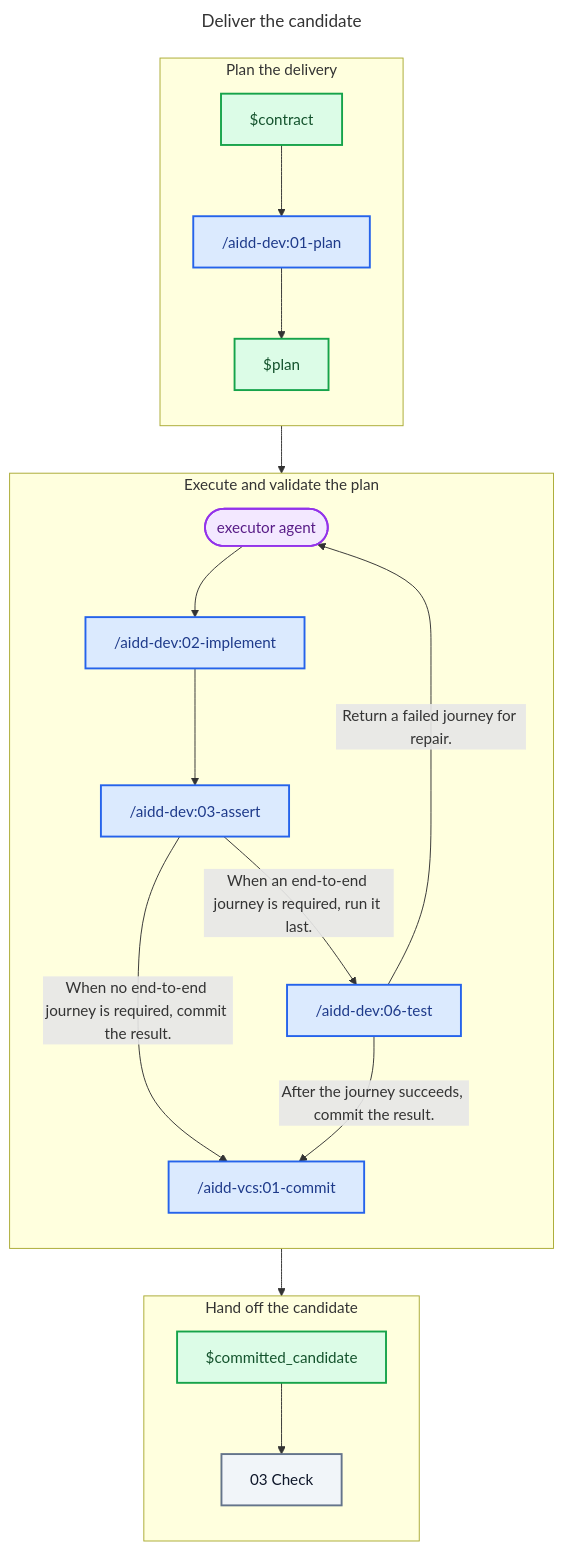
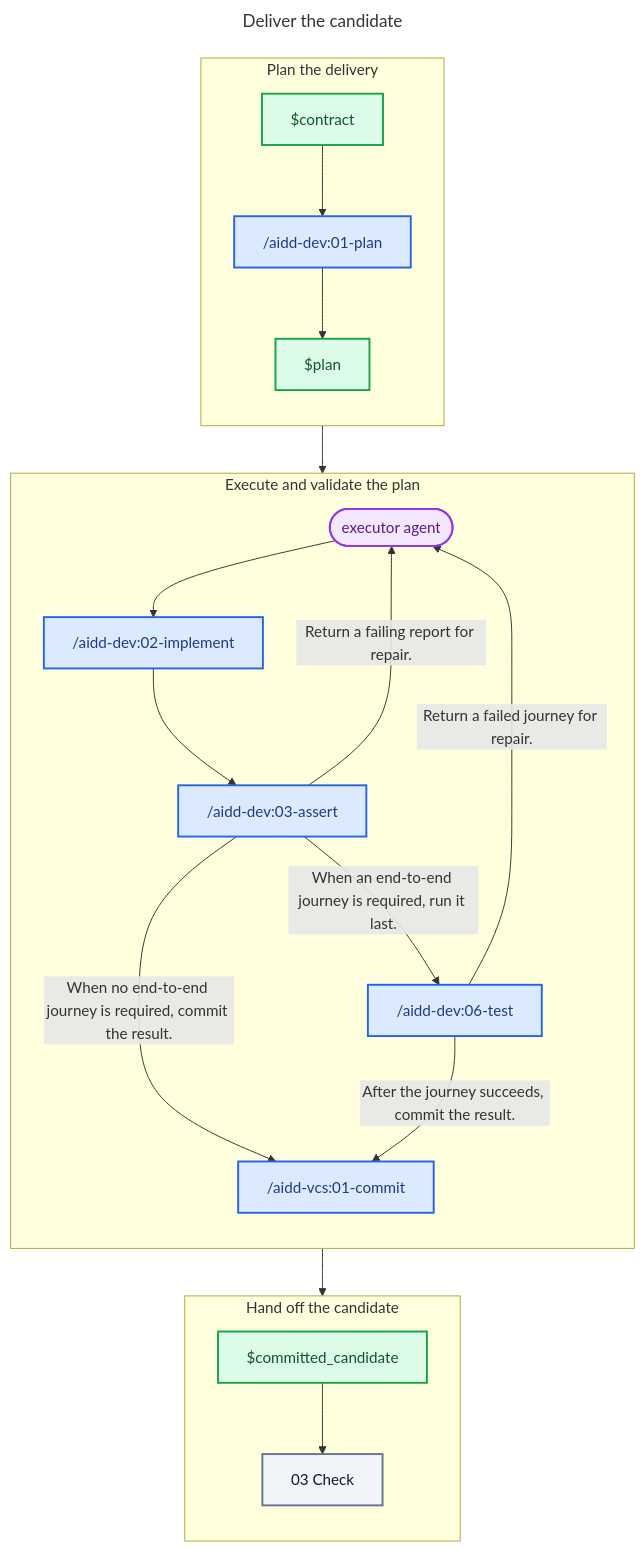
Before and after one commit to ai-driven-dev/framework: the diagram in plugins/aidd-orchestrator/skills/01-sdlc/references/02-deliver.md, drawn with Mermaid. The commit also changed other lines of this file and 10 other files, not shown here.

````diff
--- a/plugins/aidd-orchestrator/skills/01-sdlc/references/02-deliver.md
+++ b/plugins/aidd-orchestrator/skills/01-sdlc/references/02-deliver.md
@@ -9,49 +9,50 @@
 ```mermaid
 ---
 title: Deliver the candidate
 ---
 flowchart TD
   subgraph PlanStage["Plan the delivery"]
     direction TB
     Contract["$contract"]
     Plan["/aidd-dev:01-plan"]
     PlanArtifact["$plan"]
   end
 
   subgraph ExecuteStage["Execute and validate the plan"]
     direction TB
     Executor(["executor agent"])
     Implement["/aidd-dev:02-implement"]
     Assert["/aidd-dev:03-assert"]
     Test["/aidd-dev:06-test"]
     Commit["/aidd-vcs:01-commit"]
   end
 
   subgraph HandoffStage["Hand off the candidate"]
     direction TB
     CommittedCandidate["$committed_candidate"]
     Check["03 Check"]
   end
 
   Contract --> Plan
   Plan --> PlanArtifact
   PlanArtifact --> Executor
   Executor --> Implement
   Implement --> Assert
+  Assert -- "Return a failing report for repair." --> Executor
   Assert -- "When no end-to-end journey is required, commit the result." --> Commit
   Assert -- "When an end-to-end journey is required, run it last." --> Test
   Test -- "After the journey succeeds, commit the result." --> Commit
   Test -- "Return a failed journey for repair." --> Executor
   Commit --> CommittedCandidate
   CommittedCandidate --> Check
 
   classDef skill fill:#DBEAFE,stroke:#2563EB,color:#1E3A8A,stroke-width:2px
   classDef agent fill:#F3E8FF,stroke:#9333EA,color:#581C87,stroke-width:2px
   classDef artifact fill:#DCFCE7,stroke:#16A34A,color:#14532D,stroke-width:2px
   classDef zone fill:#F1F5F9,stroke:#64748B,color:#0F172A,stroke-width:2px
 
   class Plan,Implement,Assert,Test,Commit skill
   class Executor agent
   class Contract,PlanArtifact,CommittedCandidate artifact
   class Check zone
 ```
````
